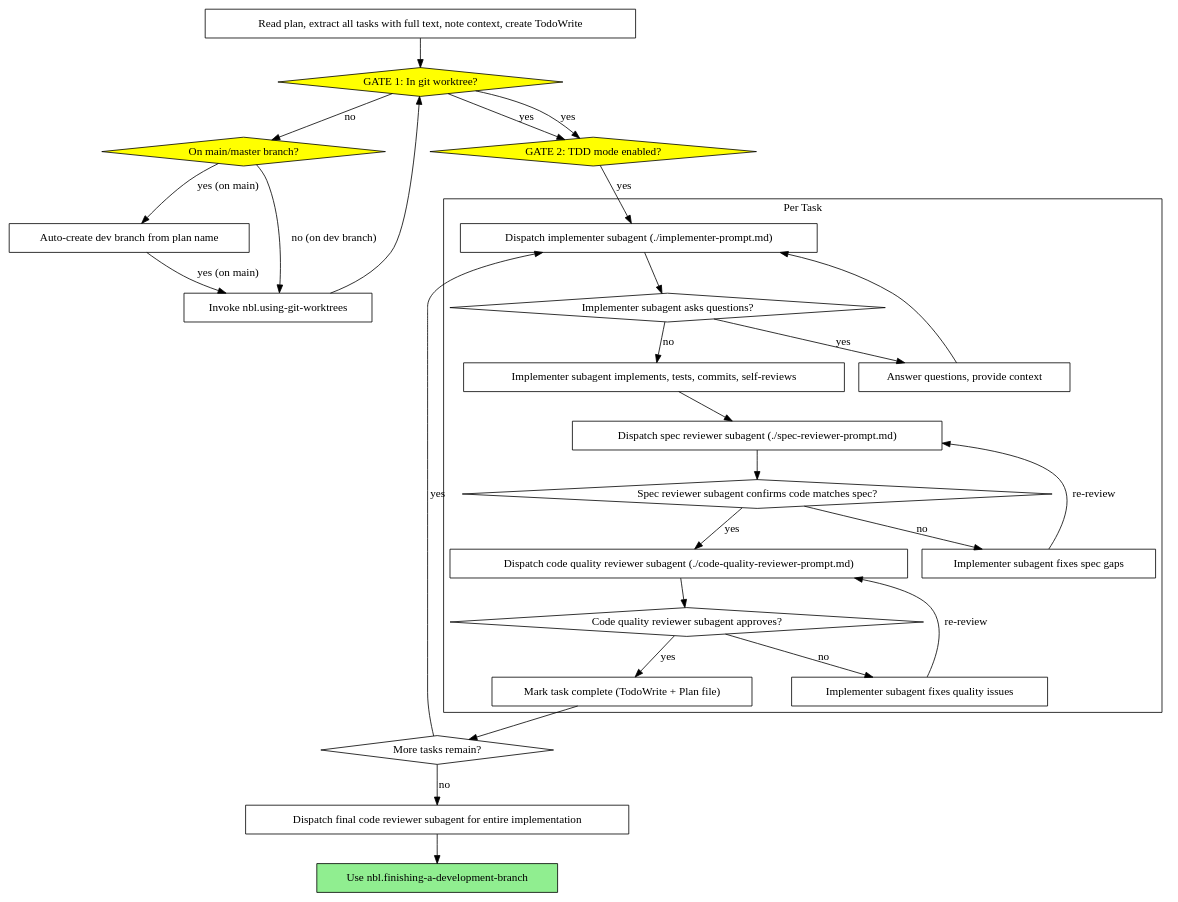
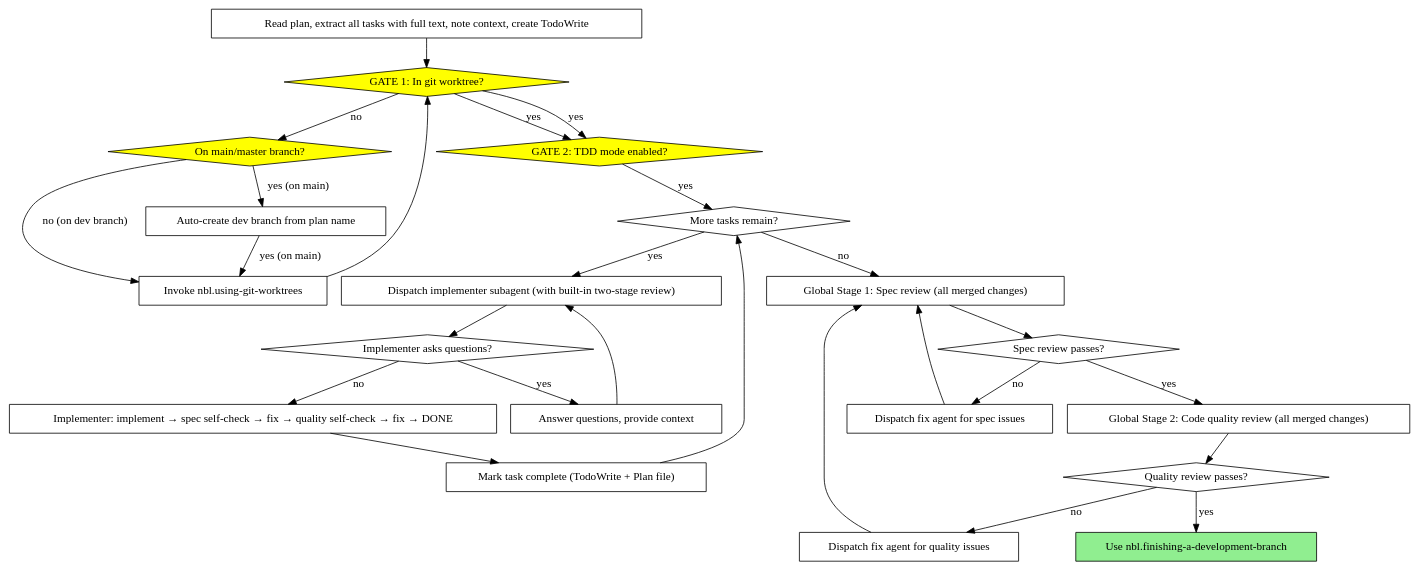
One commit to icefrag/guozhi-claude-code changed the second of 2 diagrams in skills/nbl.subagent-driven-development/SKILL.md. Above: the diagram before and after it, drawn with Graphviz. The commit also changed other lines of this file and 4 other files, not shown here.

First line of the commit message:
feat: optimize subagent development flow - built-in two-stage review per task

````diff
--- a/skills/nbl.subagent-driven-development/SKILL.md
+++ b/skills/nbl.subagent-driven-development/SKILL.md
@@ -60,56 +68,50 @@
 ```dot
 digraph process {
     rankdir=TB;
-
-    subgraph cluster_per_task {
-        label="Per Task";
-        "Dispatch implementer subagent (./implementer-prompt.md)" [shape=box];
-        "Implementer subagent asks questions?" [shape=diamond];
-        "Answer questions, provide context" [shape=box];
-        "Implementer subagent implements, tests, commits, self-reviews" [shape=box];
-        "Dispatch spec reviewer subagent (./spec-reviewer-prompt.md)" [shape=box];
-        "Spec reviewer subagent confirms code matches spec?" [shape=diamond];
-        "Implementer subagent fixes spec gaps" [shape=box];
-        "Dispatch code quality reviewer subagent (./code-quality-reviewer-prompt.md)" [shape=box];
-        "Code quality reviewer subagent approves?" [shape=diamond];
-        "Implementer subagent fixes quality issues" [shape=box];
-        "Mark task complete (TodoWrite + Plan file)" [shape=box];
-    }
 
     "Read plan, extract all tasks with full text, note context, create TodoWrite" [shape=box];
     "GATE 1: In git worktree?" [shape=diamond style=filled fillcolor=yellow];
     "On main/master branch?" [shape=diamond style=filled fillcolor=yellow];
     "Auto-create dev branch from plan name" [shape=box];
     "Invoke nbl.using-git-worktrees" [shape=box];
     "GATE 2: TDD mode enabled?" [shape=diamond style=filled fillcolor=yellow];
     "More tasks remain?" [shape=diamond];
-    "Dispatch final code reviewer subagent for entire implementation" [shape=box];
+    "Dispatch implementer subagent (with built-in two-stage review)" [shape=box];
+    "Implementer asks questions?" [shape=diamond];
+    "Answer questions, provide context" [shape=box];
+    "Implementer: implement → spec self-check → fix → quality self-check → fix → DONE" [shape=box];
+    "Mark task complete (TodoWrite + Plan file)" [shape=box];
+    "Global Stage 1: Spec review (all merged changes)" [shape=box];
+    "Spec review passes?" [shape=diamond];
+    "Dispatch fix agent for spec issues" [shape=box];
+    "Global Stage 2: Code quality review (all merged changes)" [shape=box];
+    "Quality review passes?" [shape=diamond];
+    "Dispatch fix agent for quality issues" [shape=box];
     "Use nbl.finishing-a-development-branch" [shape=box style=filled fillcolor=lightgreen];
 
     "Read plan, extract all tasks with full text, note context, create TodoWrite" -> "GATE 1: In git worktree?";
     "GATE 1: In git worktree?" -> "GATE 2: TDD mode enabled?" [label="yes"];
     "GATE 1: In git worktree?" -> "On main/master branch?" [label="no"];
     "On main/master branch?" -> "Invoke nbl.using-git-worktrees" [label="no (on dev branch)"];
     "On main/master branch?" -> "Auto-create dev branch from plan name" -> "Invoke nbl.using-git-worktrees" [label="yes (on main)"];
     "Invoke nbl.using-git-worktrees" -> "GATE 1: In git worktree?";
     "GATE 1: In git worktree?" -> "GATE 2: TDD mode enabled?" [label="yes"];
-    "GATE 2: TDD mode enabled?" -> "Dispatch implementer subagent (./implementer-prompt.md)" [label="yes"];
-    "Dispatch implementer subagent (./implementer-prompt.md)" -> "Implementer subagent asks questions?";
-    "Implementer subagent asks questions?" -> "Answer questions, provide context" [label="yes"];
-    "Answer questions, provide context" -> "Dispatch implementer subagent (./implementer-prompt.md)";
-    "Implementer subagent asks questions?" -> "Implementer subagent implements, tests, commits, self-reviews" [label="no"];
-    "Implementer subagent implements, tests, commits, self-reviews" -> "Dispatch spec reviewer subagent (./spec-reviewer-prompt.md)";
-    "Dispatch spec reviewer subagent (./spec-reviewer-prompt.md)" -> "Spec reviewer subagent confirms code matches spec?";
-    "Spec reviewer subagent confirms code matches spec?" -> "Implementer subagent fixes spec gaps" [label="no"];
-    "Implementer subagent fixes spec gaps" -> "Dispatch spec reviewer subagent (./spec-reviewer-prompt.md)" [label="re-review"];
-    "Spec reviewer subagent confirms code matches spec?" -> "Dispatch code quality reviewer subagent (./code-quality-reviewer-prompt.md)" [label="yes"];
-    "Dispatch code quality reviewer subagent (./code-quality-reviewer-prompt.md)" -> "Code quality reviewer subagent approves?";
-    "Code quality reviewer subagent approves?" -> "Implementer subagent fixes quality issues" [label="no"];
-    "Implementer subagent fixes quality issues" -> "Dispatch code quality reviewer subagent (./code-quality-reviewer-prompt.md)" [label="re-review"];
-    "Code quality reviewer subagent approves?" -> "Mark task complete (TodoWrite + Plan file)" [label="yes"];
+    "GATE 2: TDD mode enabled?" -> "More tasks remain?" [label="yes"];
+    "More tasks remain?" -> "Dispatch implementer subagent (with built-in two-stage review)" [label="yes"];
+    "Dispatch implementer subagent (with built-in two-stage review)" -> "Implementer asks questions?";
+    "Implementer asks questions?" -> "Answer questions, provide context" [label="yes"];
+    "Answer questions, provide context" -> "Dispatch implementer subagent (with built-in two-stage review)";
+    "Implementer asks questions?" -> "Implementer: implement → spec self-check → fix → quality self-check → fix → DONE" [label="no"];
+    "Implementer: implement → spec self-check → fix → quality self-check → fix → DONE" -> "Mark task complete (TodoWrite + Plan file)";
     "Mark task complete (TodoWrite + Plan file)" -> "More tasks remain?";
-    "More tasks remain?" -> "Dispatch implementer subagent (./implementer-prompt.md)" [label="yes"];
-    "More tasks remain?" -> "Dispatch final code reviewer subagent for entire implementation" [label="no"];
-    "Dispatch final code reviewer subagent for entire implementation" -> "Use nbl.finishing-a-development-branch";
+    "More tasks remain?" -> "Global Stage 1: Spec review (all merged changes)" [label="no"];
+    "Global Stage 1: Spec review (all merged changes)" -> "Spec review passes?";
+    "Spec review passes?" -> "Dispatch fix agent for spec issues" [label="no"];
+    "Dispatch fix agent for spec issues" -> "Global Stage 1: Spec review (all merged changes)";
+    "Spec review passes?" -> "Global Stage 2: Code quality review (all merged changes)" [label="yes"];
+    "Global Stage 2: Code quality review (all merged changes)" -> "Quality review passes?";
+    "Quality review passes?" -> "Dispatch fix agent for quality issues" [label="no"];
+    "Dispatch fix agent for quality issues" -> "Global Stage 1: Spec review (all merged changes)";
+    "Quality review passes?" -> "Use nbl.finishing-a-development-branch" [label="yes"];
 }
 ```
````
